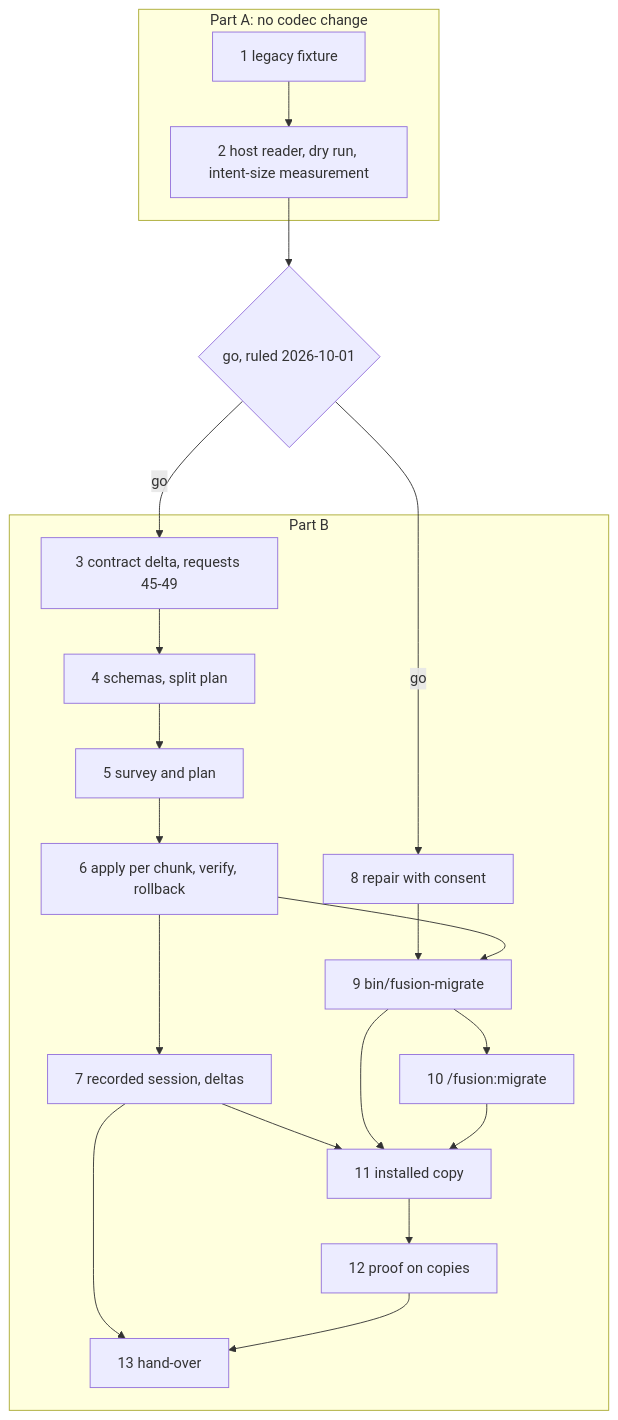
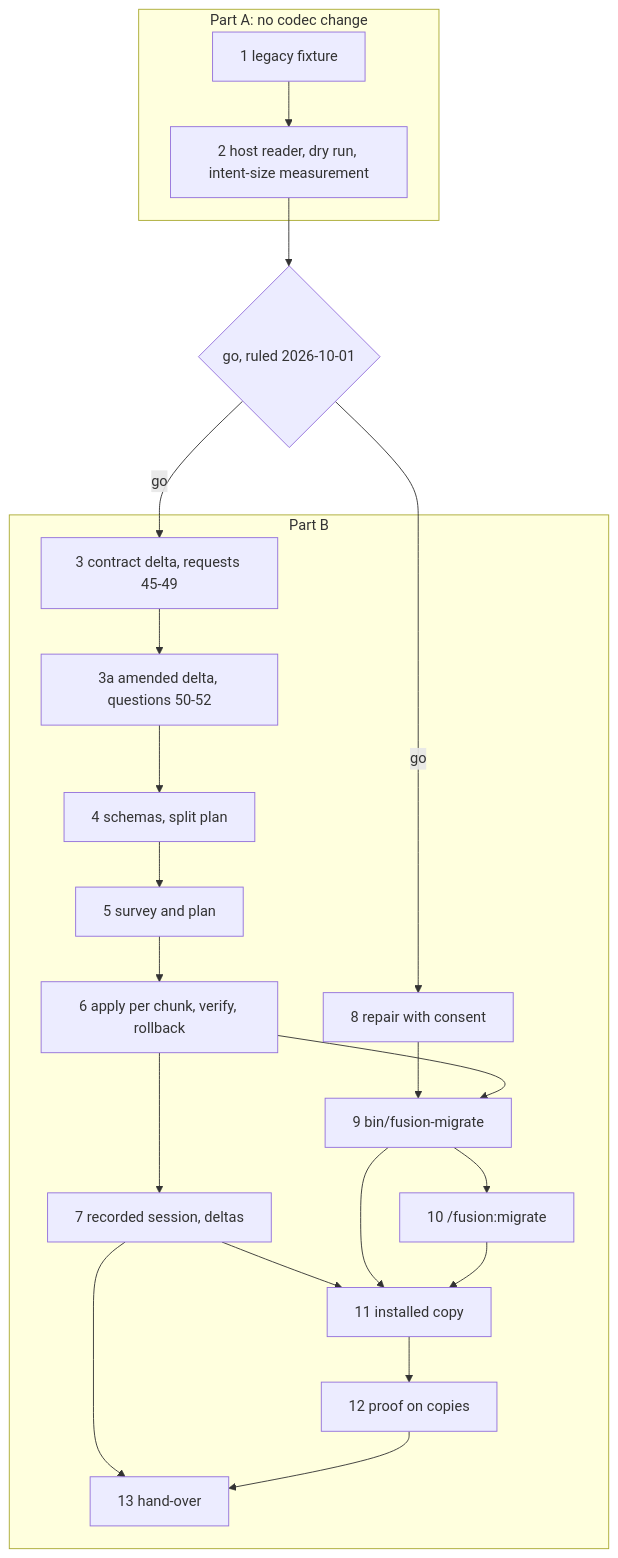
The second of 2 diagrams in fusion-workbench/work-packages/260928-1338-json-control-data-and-markdown-artefacts/plans/261001-1804_p_plan-fj04-the-migration-of-a-legacy-workbench-proven-on-copies.md (tenzoki/fusion), drawn with Mermaid before and after one commit. The commit also changed other lines of this file and 1 other file, not shown here.

First line of the commit message:
docs(workbench): FJ04 plan amended for the Prior side's answer to requests 45 to 49 (ab9cb59)

````diff
--- a/fusion-workbench/work-packages/260928-1338-json-control-data-and-markdown-artefacts/plans/261001-1804_p_plan-fj04-the-migration-of-a-legacy-workbench-proven-on-copies.md
+++ b/fusion-workbench/work-packages/260928-1338-json-control-data-and-markdown-artefacts/plans/261001-1804_p_plan-fj04-the-migration-of-a-legacy-workbench-proven-on-copies.md
@@ -322,24 +383,25 @@
 ```mermaid
 flowchart TD
   subgraph A["Part A: no codec change"]
     S1[1 legacy fixture] --> S2[2 host reader, dry run, intent-size measurement]
   end
   S2 --> GO{go, ruled 2026-10-01}
   subgraph B["Part B"]
-    S3[3 contract delta, requests 45-49] --> S4[4 schemas, split plan]
+    S3[3 contract delta, requests 45-49] --> S3a[3a amended delta, questions 50-52]
+    S3a --> S4[4 schemas, split plan]
     S4 --> S5[5 survey and plan]
     S5 --> S6[6 apply per chunk, verify, rollback]
     S6 --> S7[7 recorded session, deltas]
     S8[8 repair with consent] --> S9[9 bin/fusion-migrate]
     S6 --> S9
     S9 --> S10[10 /fusion:migrate]
     S7 --> S11[11 installed copy]
     S9 --> S11
     S10 --> S11
     S11 --> S12[12 proof on copies]
     S7 --> S13[13 hand-over]
     S12 --> S13
   end
   GO -->|go| S3
   GO -->|go| S8
 ```
````
